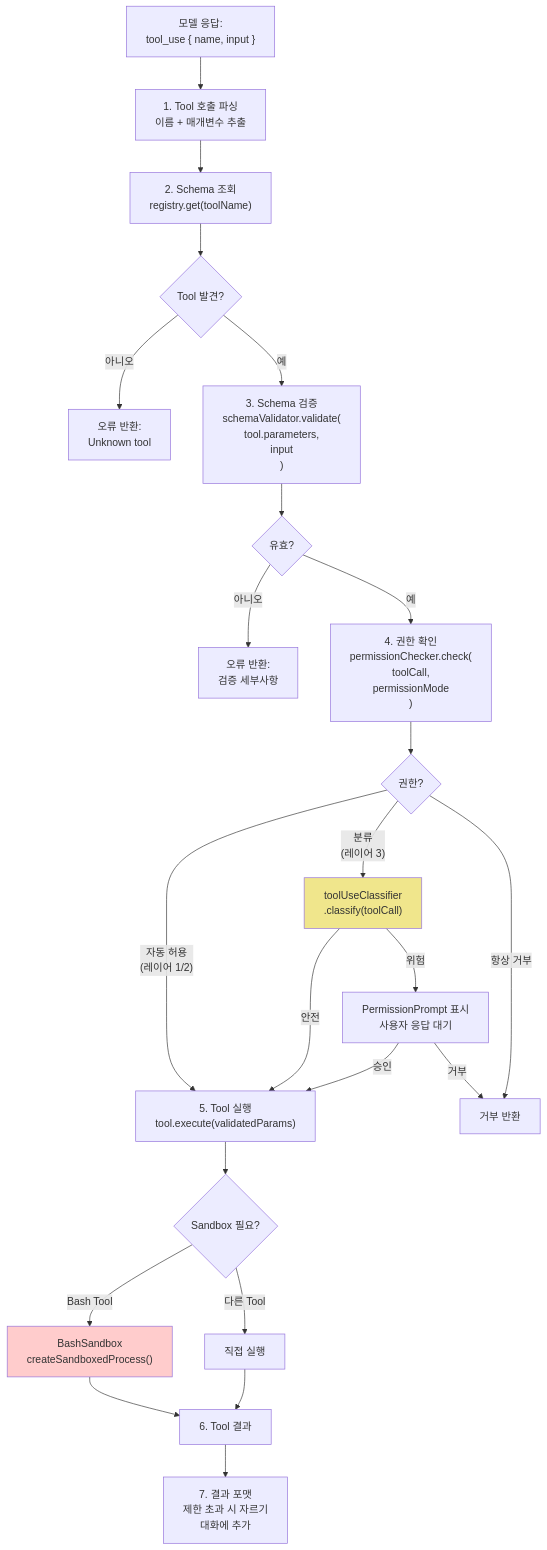
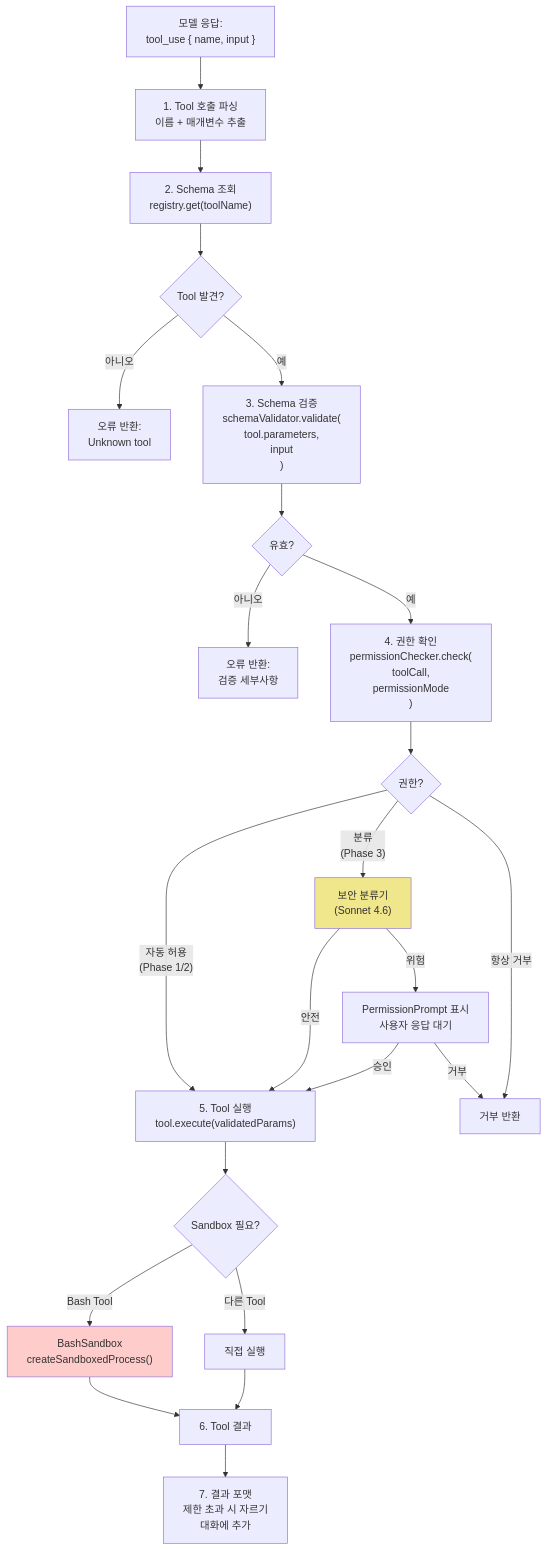
One commit to hi-space/claude-code-unpack-docs changed the second of 6 diagrams in docs/deep/ko/tools/index.md. Above: the diagram before and after it, drawn with Mermaid. The commit also changed 51 other files, not shown here.

````diff
--- a/docs/deep/ko/tools/index.md
+++ b/docs/deep/ko/tools/index.md
@@ -31,36 +31,36 @@
 ```mermaid
 flowchart TB
     ModelResponse["모델 응답:<br/>tool_use { name, input }"] --> Parse["1. Tool 호출 파싱<br/>이름 + 매개변수 추출"]
 
     Parse --> SchemaLookup["2. Schema 조회<br/>registry.get(toolName)"]
     SchemaLookup --> NotFound{"Tool 발견?"}
     NotFound -->|"아니오"| Error1["오류 반환:<br/>Unknown tool"]
     NotFound -->|"예"| Validate
 
     Validate["3. Schema 검증<br/>schemaValidator.validate(<br/>  tool.parameters,<br/>  input<br/>)"] --> Valid{"유효?"}
     Valid -->|"아니오"| Error2["오류 반환:<br/>검증 세부사항"]
     Valid -->|"예"| PermCheck
 
     PermCheck["4. 권한 확인<br/>permissionChecker.check(<br/>  toolCall,<br/>  permissionMode<br/>)"] --> PermResult{"권한?"}
 
-    PermResult -->|"자동 허용<br/>(레이어 1/2)"| Execute
-    PermResult -->|"분류<br/>(레이어 3)"| Classifier["toolUseClassifier<br/>.classify(toolCall)"]
+    PermResult -->|"자동 허용<br/>(Phase 1/2)"| Execute
+    PermResult -->|"분류<br/>(Phase 3)"| Classifier["보안 분류기<br/>(Sonnet 4.6)"]
     PermResult -->|"항상 거부"| Deny["거부 반환"]
 
     Classifier -->|"안전"| Execute
     Classifier -->|"위험"| AskUser["PermissionPrompt 표시<br/>사용자 응답 대기"]
     AskUser -->|"승인"| Execute
     AskUser -->|"거부"| Deny
 
     Execute["5. Tool 실행<br/>tool.execute(validatedParams)"] --> Sandbox{"Sandbox 필요?"}
     Sandbox -->|"Bash Tool"| SB["BashSandbox<br/>createSandboxedProcess()"]
     Sandbox -->|"다른 Tool"| Direct["직접 실행"]
 
     SB --> Result["6. Tool 결과"]
     Direct --> Result
 
     Result --> Format["7. 결과 포맷<br/>제한 초과 시 자르기<br/>대화에 추가"]
 
     style Classifier fill:#f0e68c
     style SB fill:#ffcccc
 ```
````
